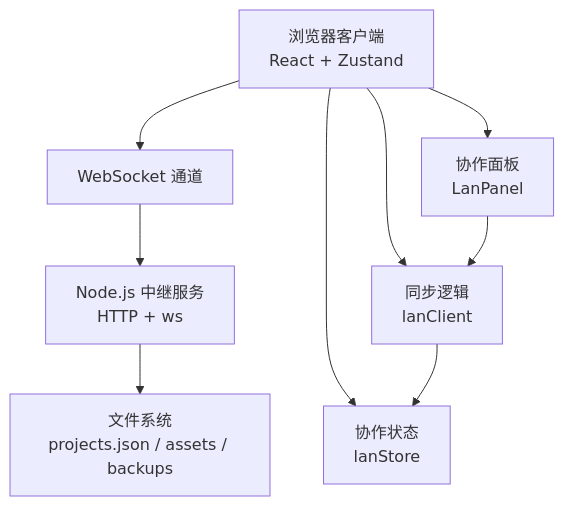
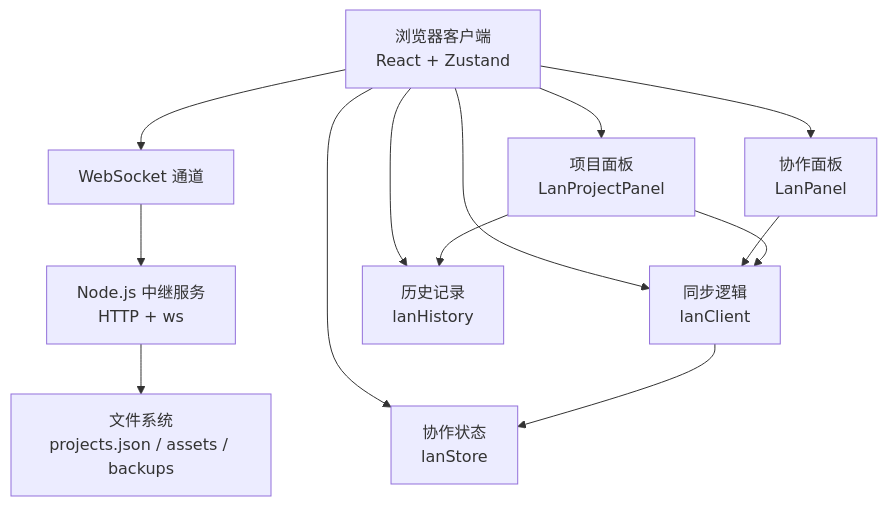
One commit to suqi-bot/SuQCanvas changed the first of 8 diagrams in .qoder/repowiki/zh/content/项目概述/核心功能/协作同步系统/局域网协作.md. Above: the diagram before and after it, drawn with Mermaid. The commit also changed other lines of this file and 93 other files, not shown here.

````diff
--- a/.qoder/repowiki/zh/content/项目概述/核心功能/协作同步系统/局域网协作.md
+++ b/.qoder/repowiki/zh/content/项目概述/核心功能/协作同步系统/局域网协作.md
@@ -35,11 +45,15 @@
 ```mermaid
 graph TB
 Client["浏览器客户端<br/>React + Zustand"] --> WS["WebSocket 通道"]
 WS --> Server["Node.js 中继服务<br/>HTTP + ws"]
 Server --> FS["文件系统<br/>projects.json / assets / backups"]
 Client --> UI["协作面板<br/>LanPanel"]
+Client --> ProjectUI["项目面板<br/>LanProjectPanel"]
 Client --> Store["协作状态<br/>lanStore"]
 Client --> Sync["同步逻辑<br/>lanClient"]
+Client --> History["历史记录<br/>lanHistory"]
 Sync --> Store
 UI --> Sync
+ProjectUI --> Sync
+ProjectUI --> History
 ```
````
